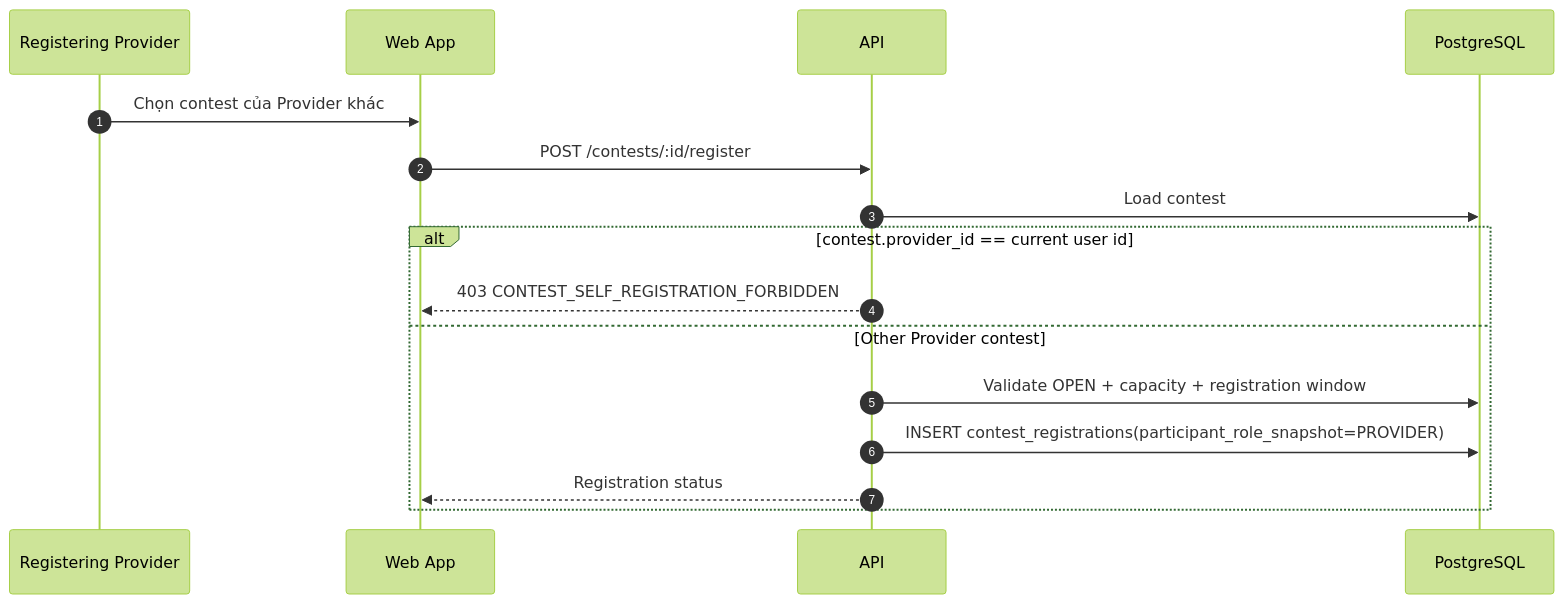
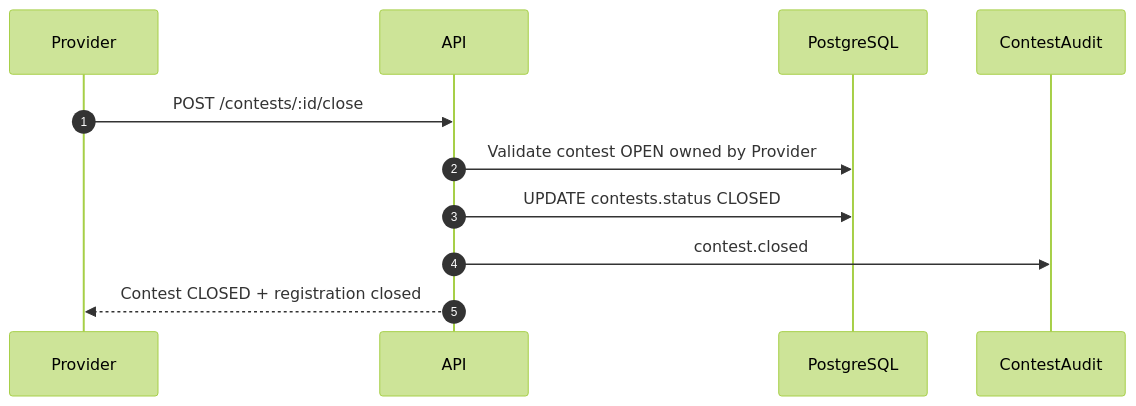
Before and after one commit to RCField-SEP490/rcfield-spec: the fourth of 10 diagrams in docs/diagrams/sequence/sequence-flow-contest-lifecycle.md, drawn with Mermaid (forest theme). The commit also changed other lines of this file and 8 other files, not shown here.

````diff
--- a/docs/diagrams/sequence/sequence-flow-contest-lifecycle.md
+++ b/docs/diagrams/sequence/sequence-flow-contest-lifecycle.md
@@ -144,19 +112,14 @@
 ```mermaid
 sequenceDiagram
     autonumber
-    participant RP as Registering Provider
-    participant W as Web App
+    participant P as Provider
     participant API as API
     participant DB as PostgreSQL
+    participant Audit as ContestAudit
 
-    RP->>W: Chọn contest của Provider khác
-    W->>API: POST /contests/:id/register
-    API->>DB: Load contest
-    alt contest.provider_id == current user id
-        API-->>W: 403 CONTEST_SELF_REGISTRATION_FORBIDDEN
-    else Other Provider contest
-        API->>DB: Validate OPEN + capacity + registration window
-        API->>DB: INSERT contest_registrations(participant_role_snapshot=PROVIDER)
-        API-->>W: Registration status
-    end
+    P->>API: POST /contests/:id/close
+    API->>DB: Validate contest OPEN owned by Provider
+    API->>DB: UPDATE contests.status CLOSED
+    API->>Audit: contest.closed
+    API-->>P: Contest CLOSED + registration closed
 ```
````
